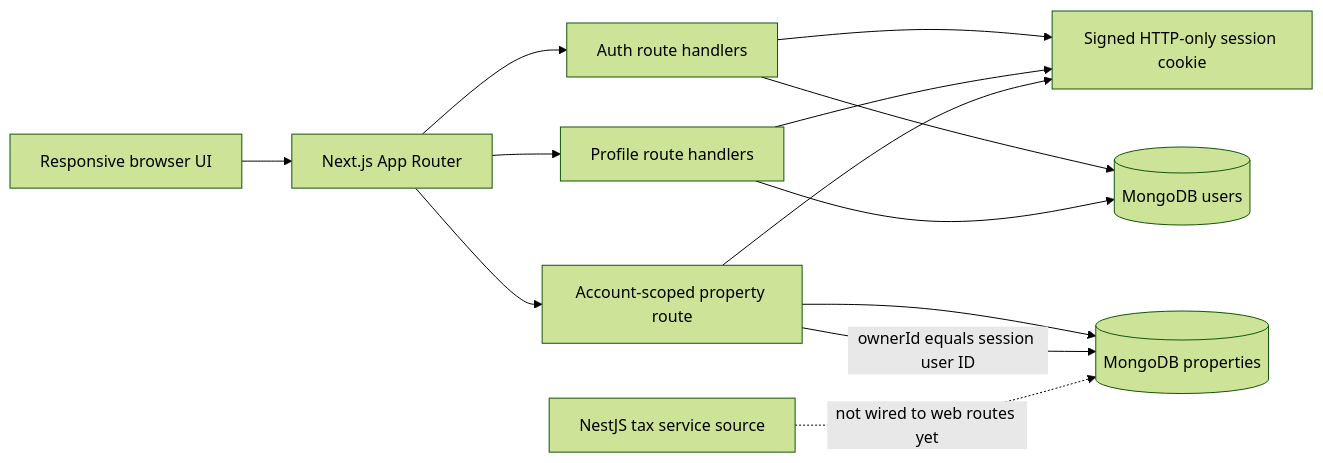
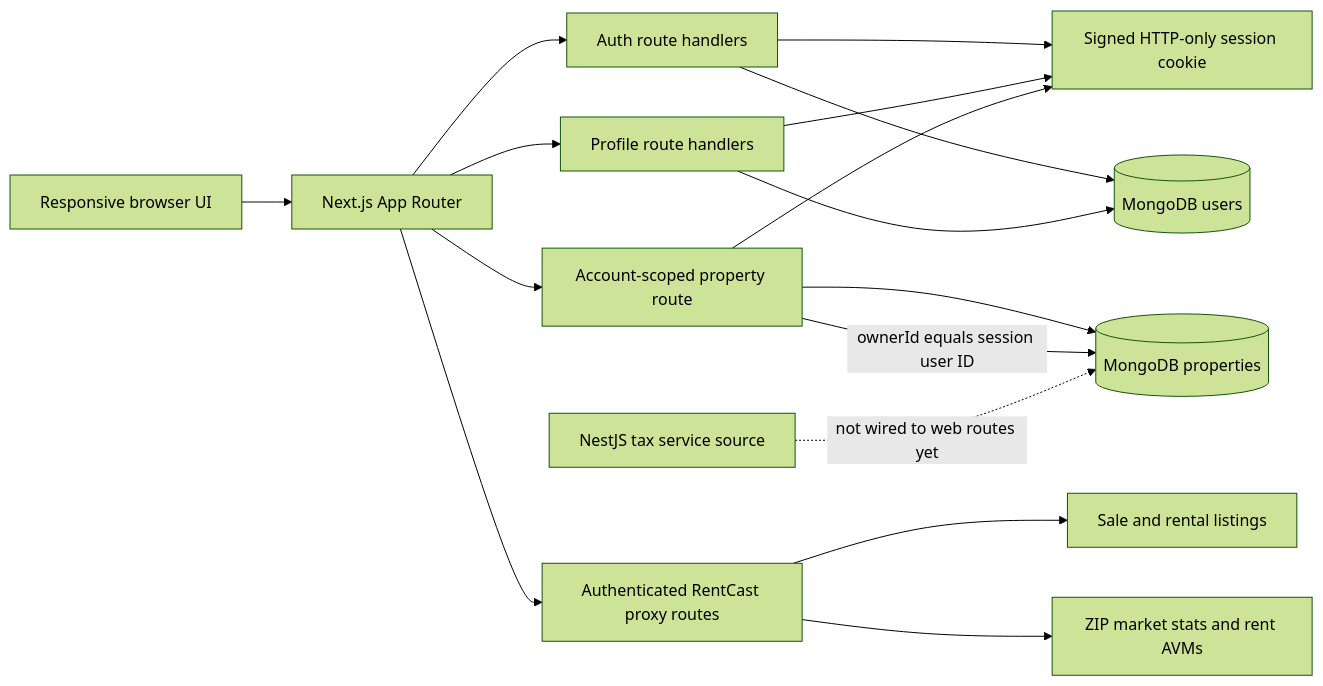
The diagram in README.md (Skeeb32/residential-dashboard), drawn with Mermaid (forest theme) before and after one commit. The commit also changed other lines of this file and 8 other files, not shown here.

````diff
--- a/README.md
+++ b/README.md
@@ -45,15 +47,18 @@
 ```mermaid
 flowchart LR
   Browser[Responsive browser UI] --> Next[Next.js App Router]
   Next --> Auth[Auth route handlers]
   Next --> Profile[Profile route handlers]
   Next --> Properties[Account-scoped property route]
+  Next --> Market[Authenticated RentCast proxy routes]
   Auth --> Session[Signed HTTP-only session cookie]
   Profile --> Session
   Properties --> Session
   Auth --> Users[(MongoDB users)]
   Profile --> Users
   Properties --> PropertyDocs[(MongoDB properties)]
   Properties -->|ownerId equals session user ID| PropertyDocs
+  Market --> RentCast[Sale and rental listings]
+  Market --> Metrics[ZIP market stats and rent AVMs]
   TaxSource[NestJS tax service source] -.->|not wired to web routes yet| PropertyDocs
 ```
````
